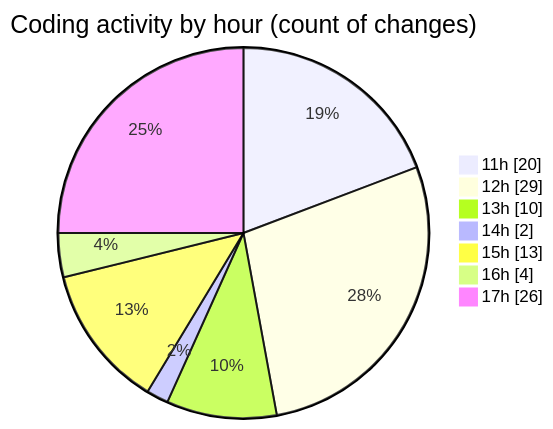
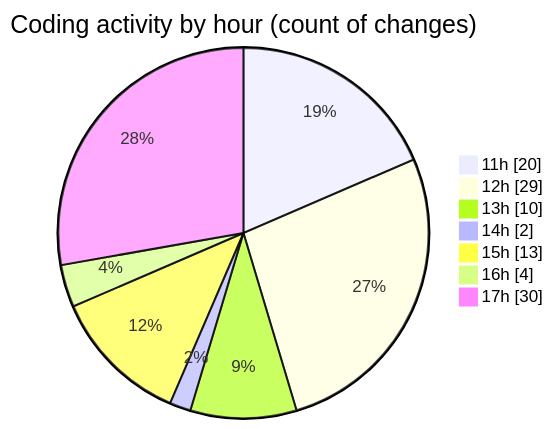
One commit to nxtqubesakshisongat/code-tracking changed the second of 2 diagrams in 2025-12-11/nxtqube_webapp/README.md. Above: the diagram before and after it, drawn with Mermaid. The commit also changed other lines of this file and 1 other file, not shown here.

````diff
--- a/2025-12-11/nxtqube_webapp/README.md
+++ b/2025-12-11/nxtqube_webapp/README.md
@@ -42,11 +42,11 @@
 ```mermaid
 pie showData
 title Coding activity by hour (count of changes)
 "11h" : 20
 "12h" : 29
 "13h" : 10
 "14h" : 2
 "15h" : 13
 "16h" : 4
-"17h" : 26
+"17h" : 30
 ```
````
